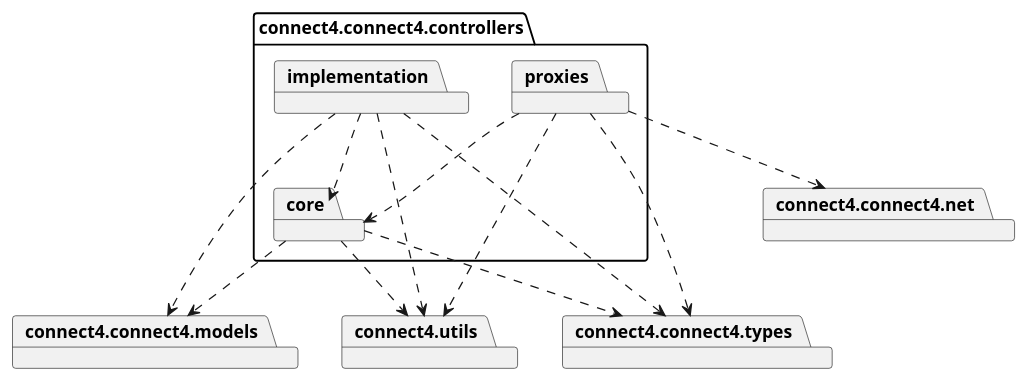
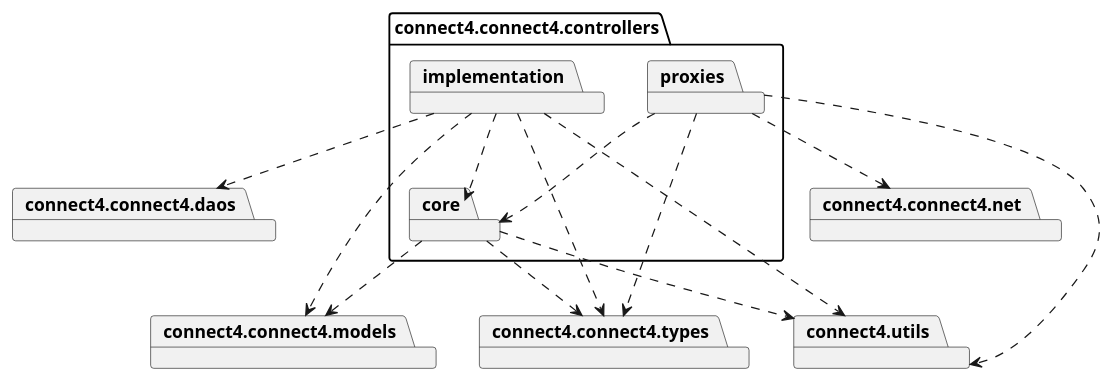
The diagram in connect4/Docs/diagrams/src/packages/connect4.connect4.controllers-pkg.plantuml (js-rom/connect4), drawn with PlantUML before and after one commit. The commit also changed 5 other files, not shown here.

```diff
--- a/connect4/Docs/diagrams/src/packages/connect4.connect4.controllers-pkg.plantuml
+++ b/connect4/Docs/diagrams/src/packages/connect4.connect4.controllers-pkg.plantuml
@@ -1,28 +1,31 @@
 @startuml
 
 package connect4.connect4.controllers {
     package core
     package implementation
     package proxies
     implementation ..> core
     proxies ..> core
 }
+
+package connect4.connect4.daos
+implementation ..> connect4.connect4.daos
 
 package connect4.connect4.models
 package connect4.connect4.types
 package connect4.utils
 
 core ..> connect4.connect4.models
 core ..> connect4.connect4.types
 core ..> connect4.utils
 
 implementation ..> connect4.connect4.models
 implementation ..> connect4.connect4.types
 implementation ..> connect4.utils
 
 package connect4.connect4.net
 proxies ..> connect4.connect4.types
 proxies ..> connect4.connect4.net
 proxies ..> connect4.utils
 
 @enduml
```
